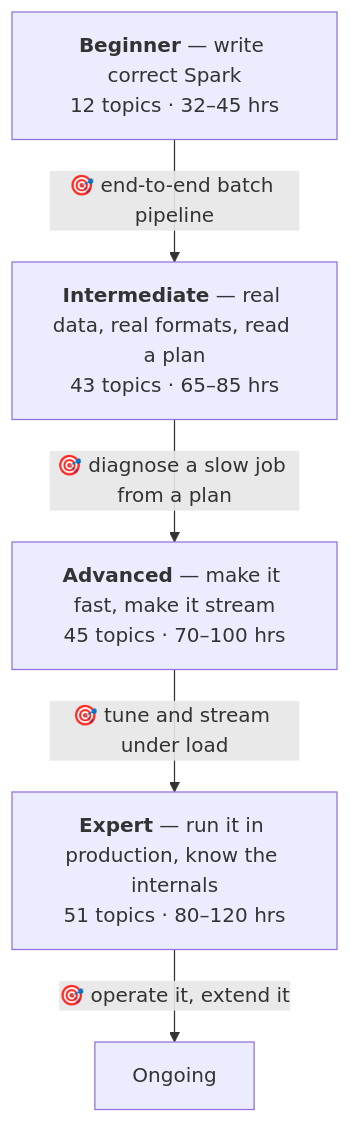
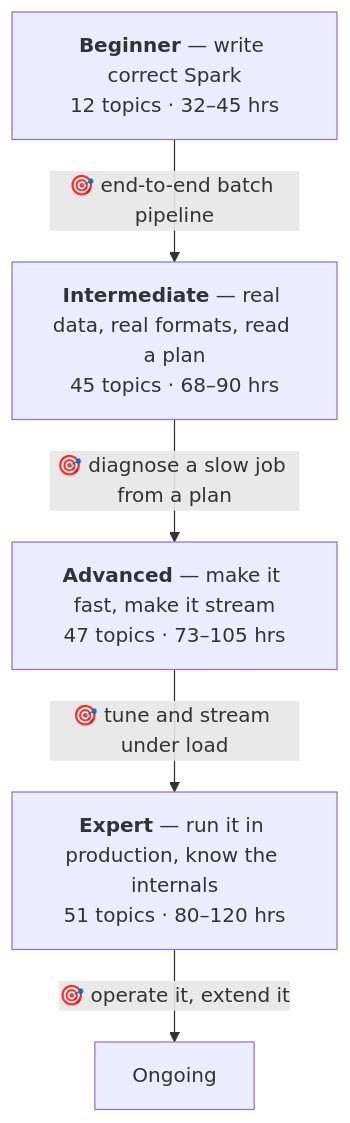
One commit to arindamchoudhury/spark-gyan changed the first of 2 diagrams in docs/learning-path-v2.md. Above: the diagram before and after it, drawn with Mermaid. The commit also changed other lines of this file, not shown here.

````diff
--- a/docs/learning-path-v2.md
+++ b/docs/learning-path-v2.md
@@ -107,11 +109,11 @@
 ```mermaid
 flowchart TD
     B["<b>Beginner</b> — write correct Spark<br/>12 topics · 32–45 hrs"]
-    I["<b>Intermediate</b> — real data, real formats, read a plan<br/>43 topics · 65–85 hrs"]
-    A["<b>Advanced</b> — make it fast, make it stream<br/>45 topics · 70–100 hrs"]
+    I["<b>Intermediate</b> — real data, real formats, read a plan<br/>45 topics · 68–90 hrs"]
+    A["<b>Advanced</b> — make it fast, make it stream<br/>47 topics · 73–105 hrs"]
     E["<b>Expert</b> — run it in production, know the internals<br/>51 topics · 80–120 hrs"]
     B -->|"🎯 end-to-end batch pipeline"| I
     I -->|"🎯 diagnose a slow job from a plan"| A
     A -->|"🎯 tune and stream under load"| E
     E -->|"🎯 operate it, extend it"| Done["Ongoing"]
 ```
````
